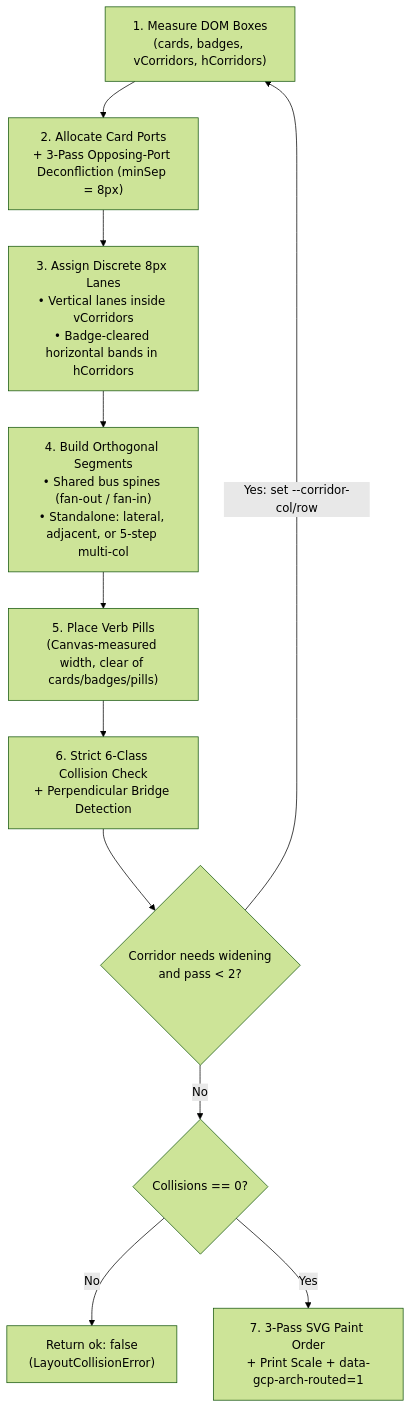
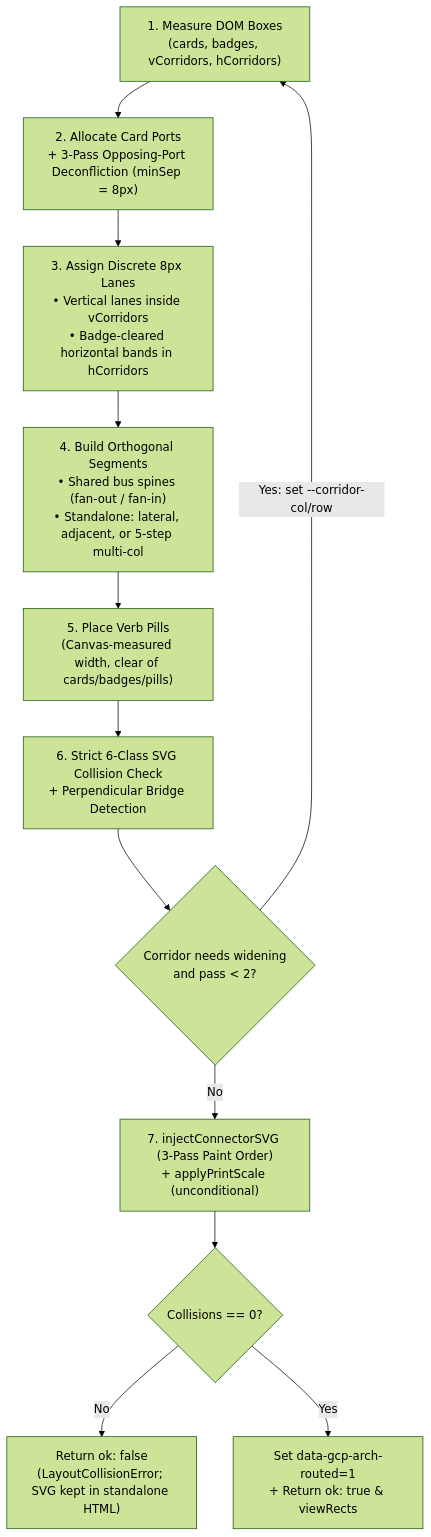
One commit to arrase/gcp-arch changed the second of 2 diagrams in gh-pages/rendering.md. Above: the diagram before and after it, drawn with Mermaid (forest theme). The commit also changed other lines of this file and 11 other files, not shown here.

````diff
--- a/gh-pages/rendering.md
+++ b/gh-pages/rendering.md
@@ -160,13 +166,14 @@
 ```mermaid
 flowchart TD
     Measure["1. Measure DOM Boxes\n(cards, badges, vCorridors, hCorridors)"] --> Ports["2. Allocate Card Ports\n+ 3-Pass Opposing-Port Deconfliction (minSep = 8px)"]
     Ports --> Lanes["3. Assign Discrete 8px Lanes\n• Vertical lanes inside vCorridors\n• Badge-cleared horizontal bands in hCorridors"]
     Lanes --> Segments["4. Build Orthogonal Segments\n• Shared bus spines (fan-out / fan-in)\n• Standalone: lateral, adjacent, or 5-step multi-col"]
     Segments --> Pills["5. Place Verb Pills\n(Canvas-measured width, clear of cards/badges/pills)"]
-    Pills --> Check["6. Strict 6-Class Collision Check\n+ Perpendicular Bridge Detection"]
+    Pills --> Check["6. Strict 6-Class SVG Collision Check\n+ Perpendicular Bridge Detection"]
     Check --> Reflow{"Corridor needs widening\nand pass < 2?"}
     Reflow -->|"Yes: set --corridor-col/row"| Measure
-    Reflow -->|"No"| Gate{"Collisions == 0?"}
-    Gate -->|"No"| Fail["Return ok: false\n(LayoutCollisionError)"]
-    Gate -->|"Yes"| Paint["7. 3-Pass SVG Paint Order\n+ Print Scale + data-gcp-arch-routed=1"]
+    Reflow -->|"No"| Paint["7. injectConnectorSVG (3-Pass Paint Order)\n+ applyPrintScale (unconditional)"]
+    Paint --> Gate{"Collisions == 0?"}
+    Gate -->|"No"| Fail["Return ok: false\n(LayoutCollisionError; SVG kept in standalone HTML)"]
+    Gate -->|"Yes"| Done["Set data-gcp-arch-routed=1\n+ Return ok: true & viewRects"]
 ```
````
